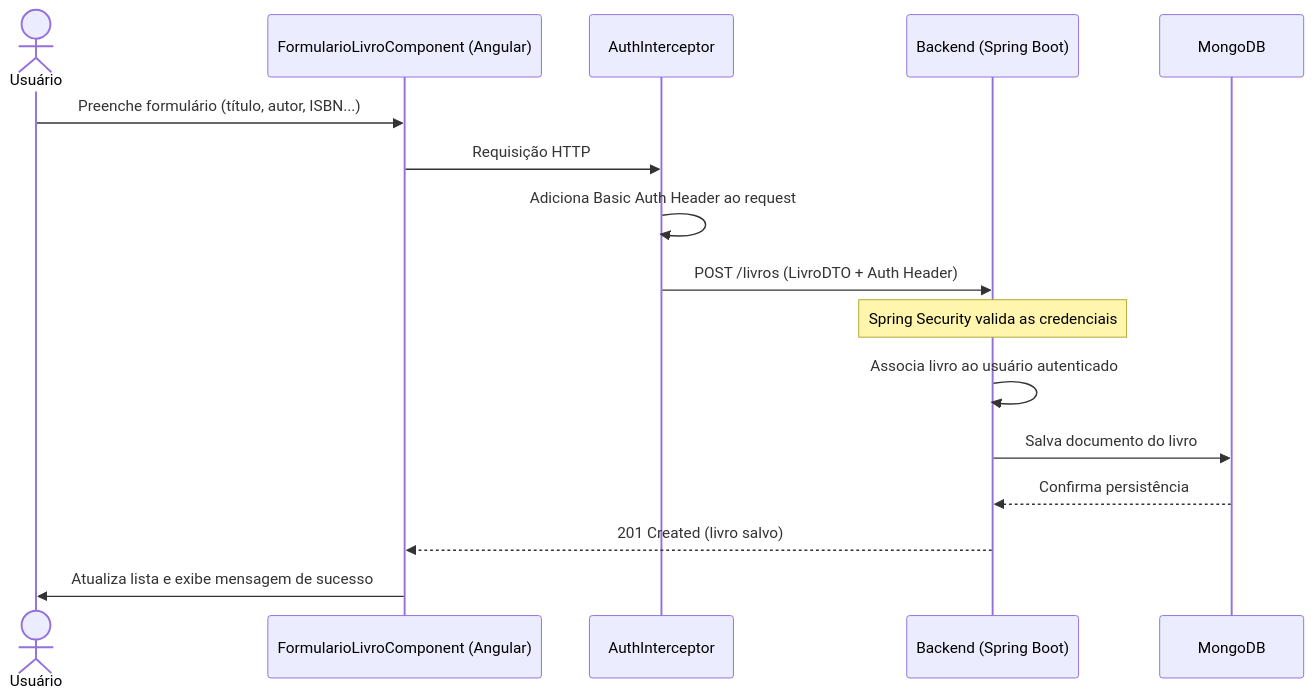
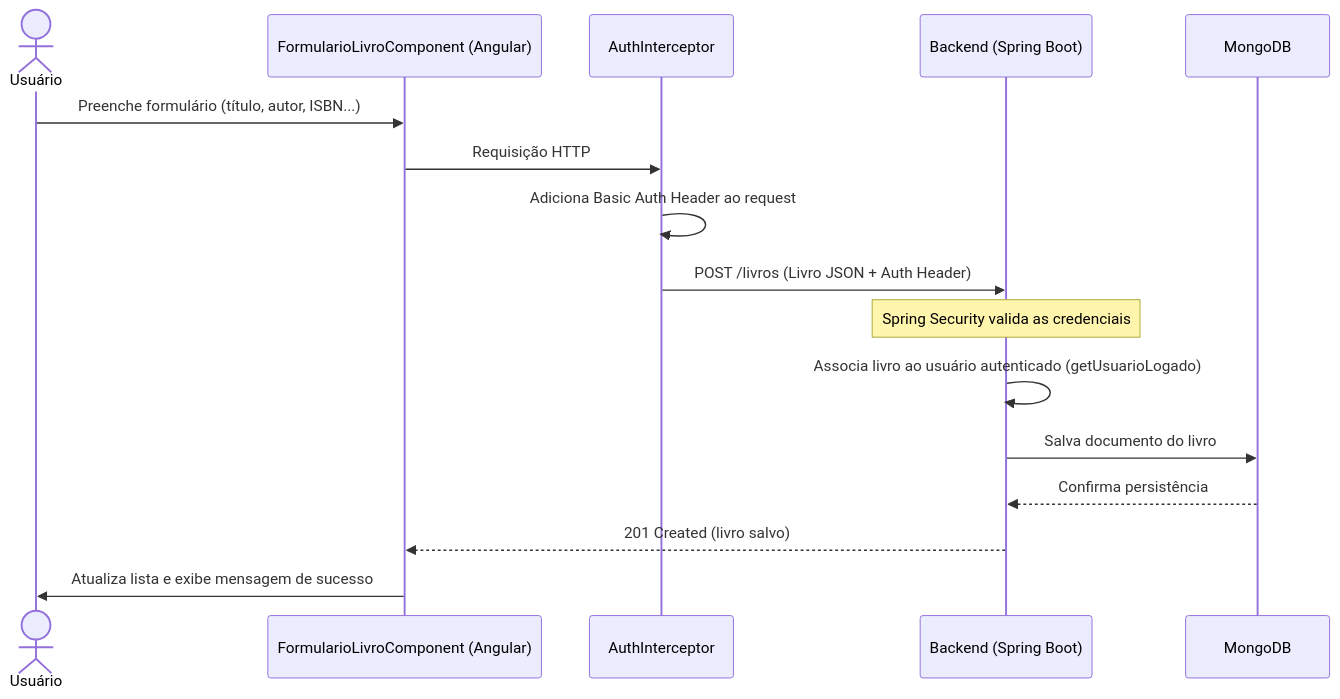
The third of 5 diagrams in Diagrama UML.md (Alex-sampaio-lima/Projeto-Q.A), drawn with Mermaid before and after one commit. The commit also changed other lines of this file and 10 other files, not shown here.

````diff
--- a/Diagrama UML.md
+++ b/Diagrama UML.md
@@ -71,22 +71,22 @@
 ```mermaid
 sequenceDiagram
     actor Usuario as Usuário
     participant Front as FormularioLivroComponent (Angular)
     participant Interceptor as AuthInterceptor
     participant Back as Backend (Spring Boot)
     participant DB as MongoDB
 
     Usuario->>Front: Preenche formulário (título, autor, ISBN...)
     Front->>Interceptor: Requisição HTTP
     Interceptor->>Interceptor: Adiciona Basic Auth Header ao request
-    Interceptor->>Back: POST /livros (LivroDTO + Auth Header)
+    Interceptor->>Back: POST /livros (Livro JSON + Auth Header)
 
     Note over Back: Spring Security valida as credenciais
 
-    Back->>Back: Associa livro ao usuário autenticado
+    Back->>Back: Associa livro ao usuário autenticado (getUsuarioLogado)
     Back->>DB: Salva documento do livro
     DB-->>Back: Confirma persistência
 
     Back-->>Front: 201 Created (livro salvo)
     Front->>Usuario: Atualiza lista e exibe mensagem de sucesso
 ```
````
